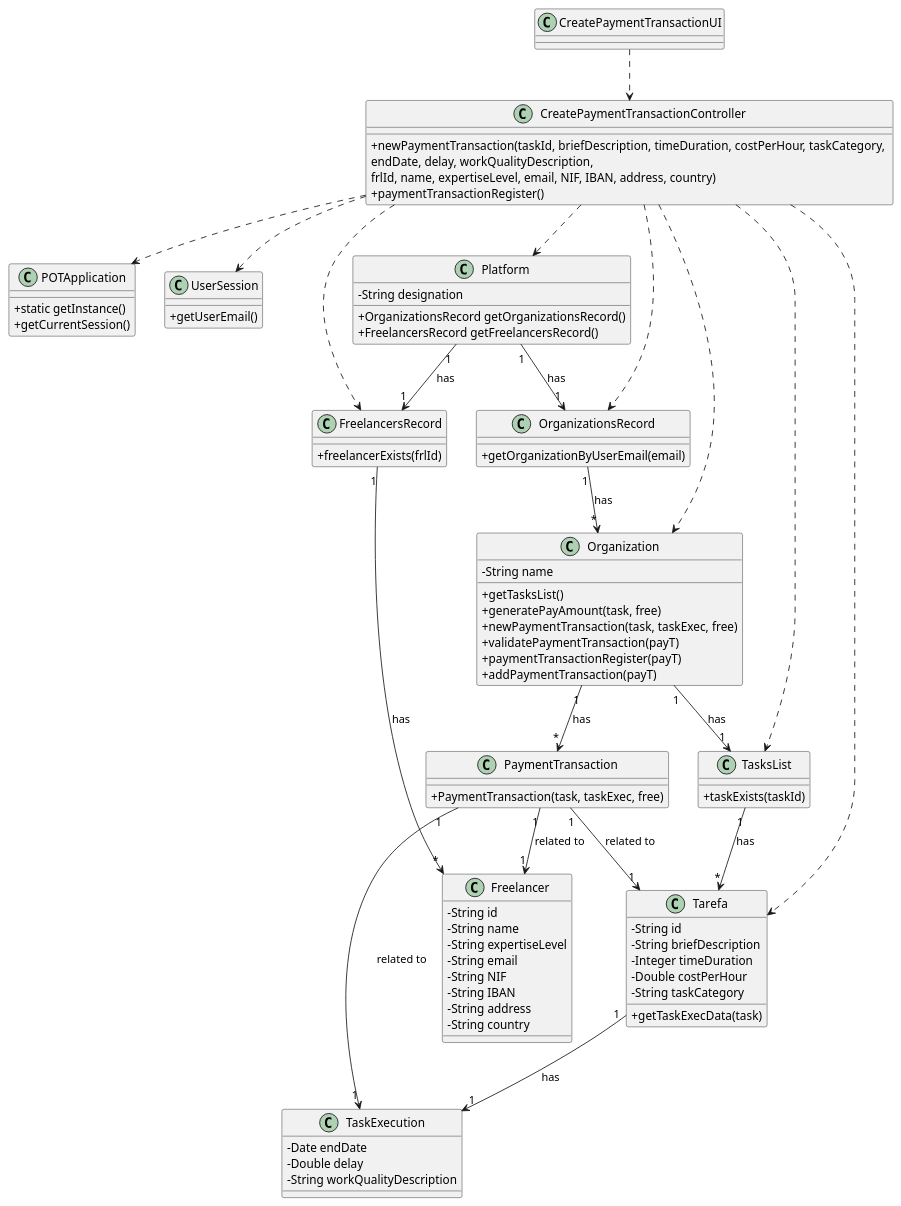
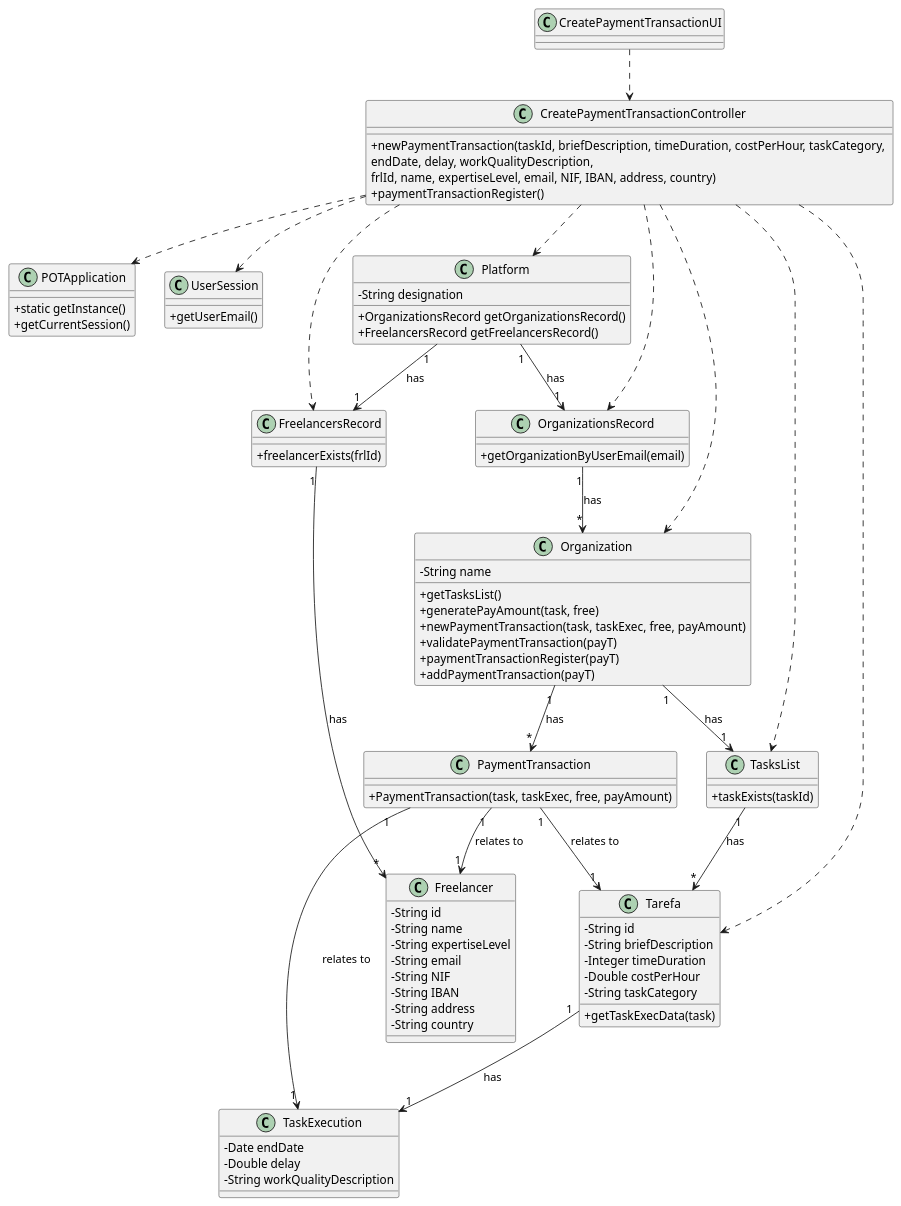
The diagram in docs/UC3 - Create Payment Transaction/UC3_CD.puml (pedrolemos4/LAPR2), drawn with PlantUML before and after one commit. The commit also changed 14 other files, not shown here.

```diff
--- a/docs/UC3 - Create Payment Transaction/UC3_CD.puml
+++ b/docs/UC3 - Create Payment Transaction/UC3_CD.puml
@@ -1,104 +1,104 @@
 @startuml
 skinparam classAttributeIconSize 0
 
 class POTApplication
 {
   +static getInstance()
   +getCurrentSession()
 }
 
 class UserSession
 {
   +getUserEmail()
 }
 
 class Tarefa {
   -String id
   -String briefDescription
   -Integer timeDuration
   -Double costPerHour
   -String taskCategory
   +getTaskExecData(task)
 }
 
 class Freelancer {
   -String id
   -String name
   -String expertiseLevel
   -String email
   -String NIF
   -String IBAN
   -String address
   -String country
 }
 
 class Organization {
   -String name
   +getTasksList()
   +generatePayAmount(task, free)
-  +newPaymentTransaction(task, taskExec, free)
+  +newPaymentTransaction(task, taskExec, free, payAmount)
   +validatePaymentTransaction(payT)
   +paymentTransactionRegister(payT)
   +addPaymentTransaction(payT)
 }
 
 class TasksList {
   +taskExists(taskId)
 }
 
 class Platform {
   -String designation
   +OrganizationsRecord getOrganizationsRecord()
   +FreelancersRecord getFreelancersRecord()
 }
 
 class FreelancersRecord {
   +freelancerExists(frlId)
 }
 
 class OrganizationsRecord  {
   +getOrganizationByUserEmail(email)
 }
 
 class CreatePaymentTransactionController {
   +newPaymentTransaction(taskId, briefDescription, timeDuration, costPerHour, taskCategory, \nendDate, delay, workQualityDescription, \nfrlId, name, expertiseLevel, email, NIF, IBAN, address, country)
   +paymentTransactionRegister()
 }
 
 class CreatePaymentTransactionUI {
 }
 
 class PaymentTransaction{
-  +PaymentTransaction(task, taskExec, free)
+  +PaymentTransaction(task, taskExec, free, payAmount)
 }
 
 class TaskExecution {
  -Date endDate
  -Double delay
  -String workQualityDescription
 }
 
 CreatePaymentTransactionUI ..> CreatePaymentTransactionController
 CreatePaymentTransactionController ..> Platform
 CreatePaymentTransactionController ..> Tarefa
 CreatePaymentTransactionController ..> Organization
 CreatePaymentTransactionController ..> POTApplication
 CreatePaymentTransactionController ..> UserSession
 CreatePaymentTransactionController ..> TasksList
 CreatePaymentTransactionController ..> FreelancersRecord
 CreatePaymentTransactionController ..> OrganizationsRecord
 Platform "1" --> "1" FreelancersRecord : has
 Platform "1" --> "1" OrganizationsRecord : has
 
 FreelancersRecord "1" --> "*" Freelancer : has
 OrganizationsRecord "1" --> "*" Organization : has
 Organization "1" --> "1" TasksList : has
 Organization "1" --> "*" PaymentTransaction : has
 TasksList "1" --> "*" Tarefa : has
 Tarefa "1" --> "1" TaskExecution : has
 
-PaymentTransaction "1" --> "1" Freelancer : related to
-PaymentTransaction "1" --> "1" Tarefa : related to
-PaymentTransaction "1" --> "1" TaskExecution : related to
+PaymentTransaction "1" --> "1" Freelancer : relates to
+PaymentTransaction "1" --> "1" Tarefa : relates to
+PaymentTransaction "1" --> "1" TaskExecution : relates to
 
 @enduml
```
